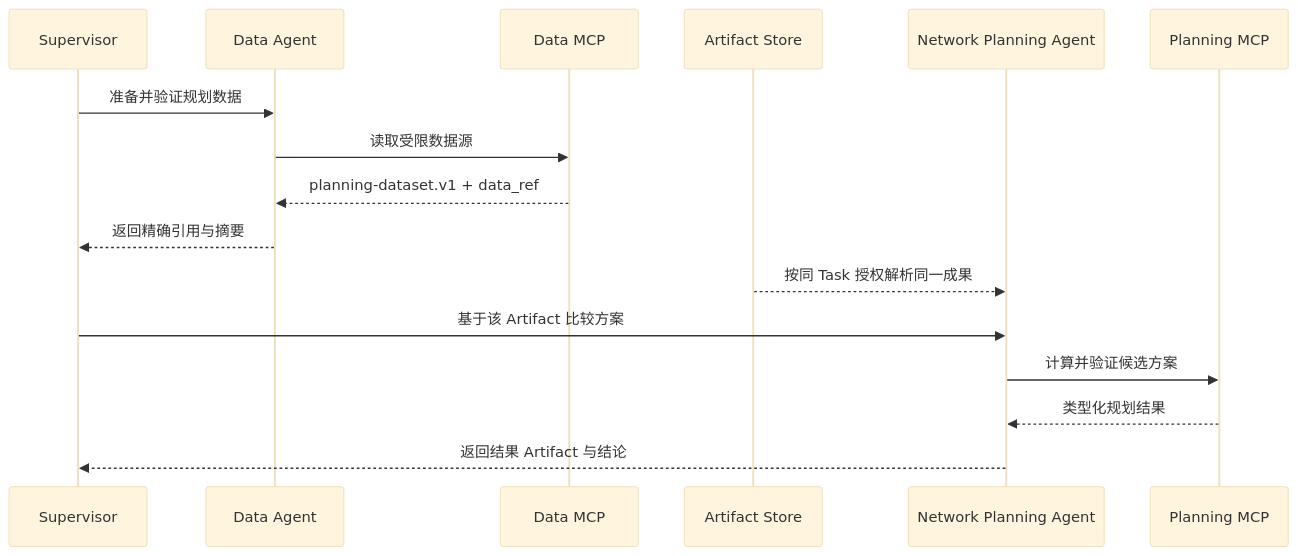
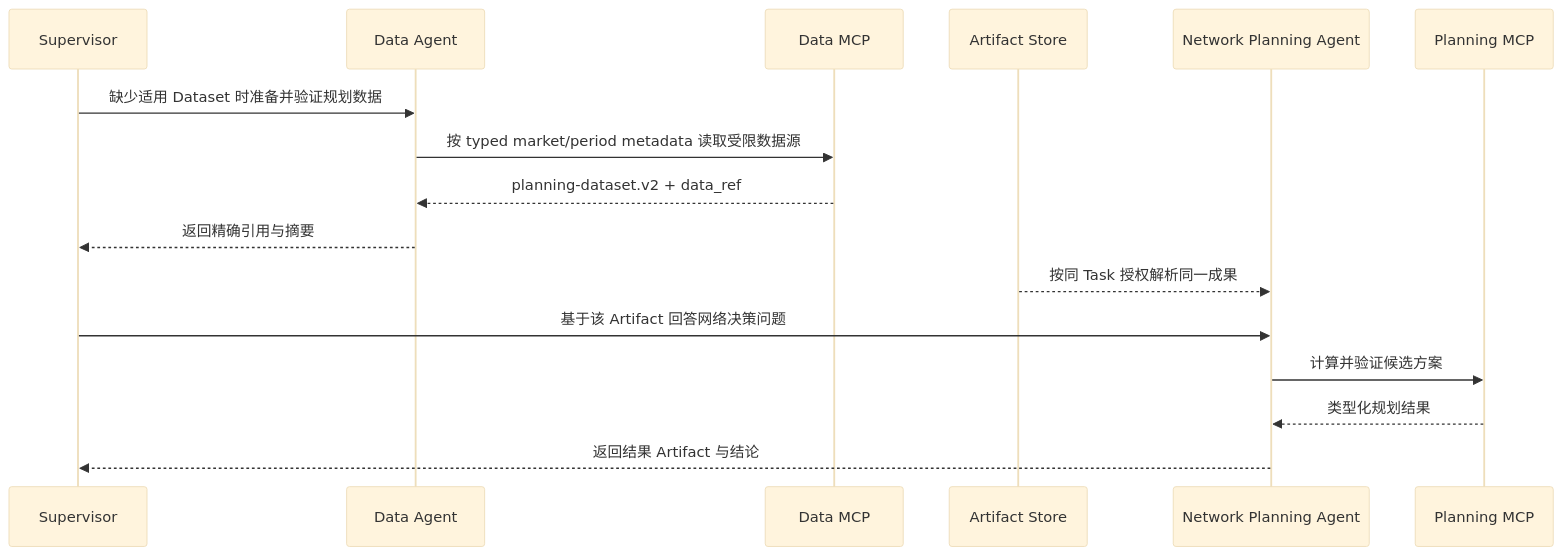
Before and after one commit to JO-WTF/open-web-codex: the third of 4 diagrams in docs/agent-information-exchange-evolution.md, drawn with Mermaid (base theme). The commit also changed other lines of this file and 179 other files, not shown here.

````diff
--- a/docs/agent-information-exchange-evolution.md
+++ b/docs/agent-information-exchange-evolution.md
@@ -269,19 +269,19 @@
 ```mermaid
 sequenceDiagram
     participant S as Supervisor
     participant D as Data Agent
     participant DM as Data MCP
     participant A as Artifact Store
     participant N as Network Planning Agent
     participant PM as Planning MCP
 
-    S->>D: 准备并验证规划数据
-    D->>DM: 读取受限数据源
-    DM-->>D: planning-dataset.v1 + data_ref
+    S->>D: 缺少适用 Dataset 时准备并验证规划数据
+    D->>DM: 按 typed market/period metadata 读取受限数据源
+    DM-->>D: planning-dataset.v2 + data_ref
     D-->>S: 返回精确引用与摘要
     A-->>N: 按同 Task 授权解析同一成果
-    S->>N: 基于该 Artifact 比较方案
+    S->>N: 基于该 Artifact 回答网络决策问题
     N->>PM: 计算并验证候选方案
     PM-->>N: 类型化规划结果
     N-->>S: 返回结果 Artifact 与结论
 ```
````
